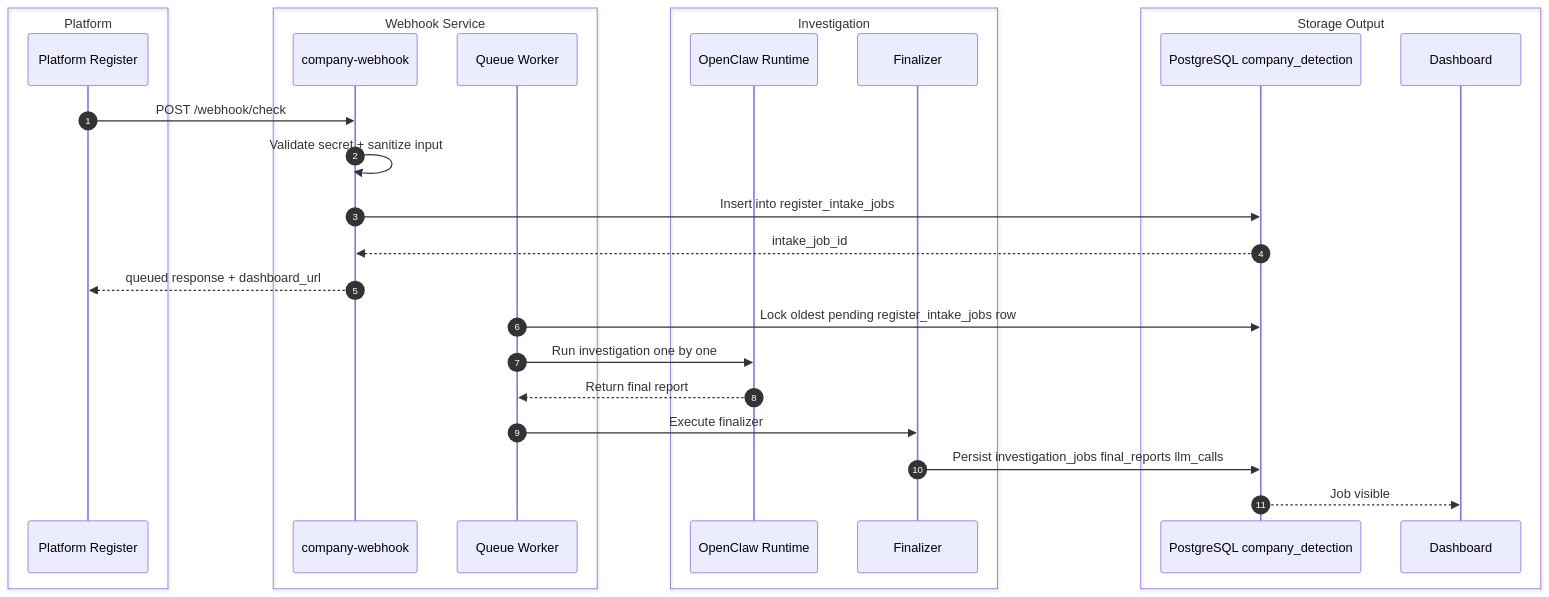
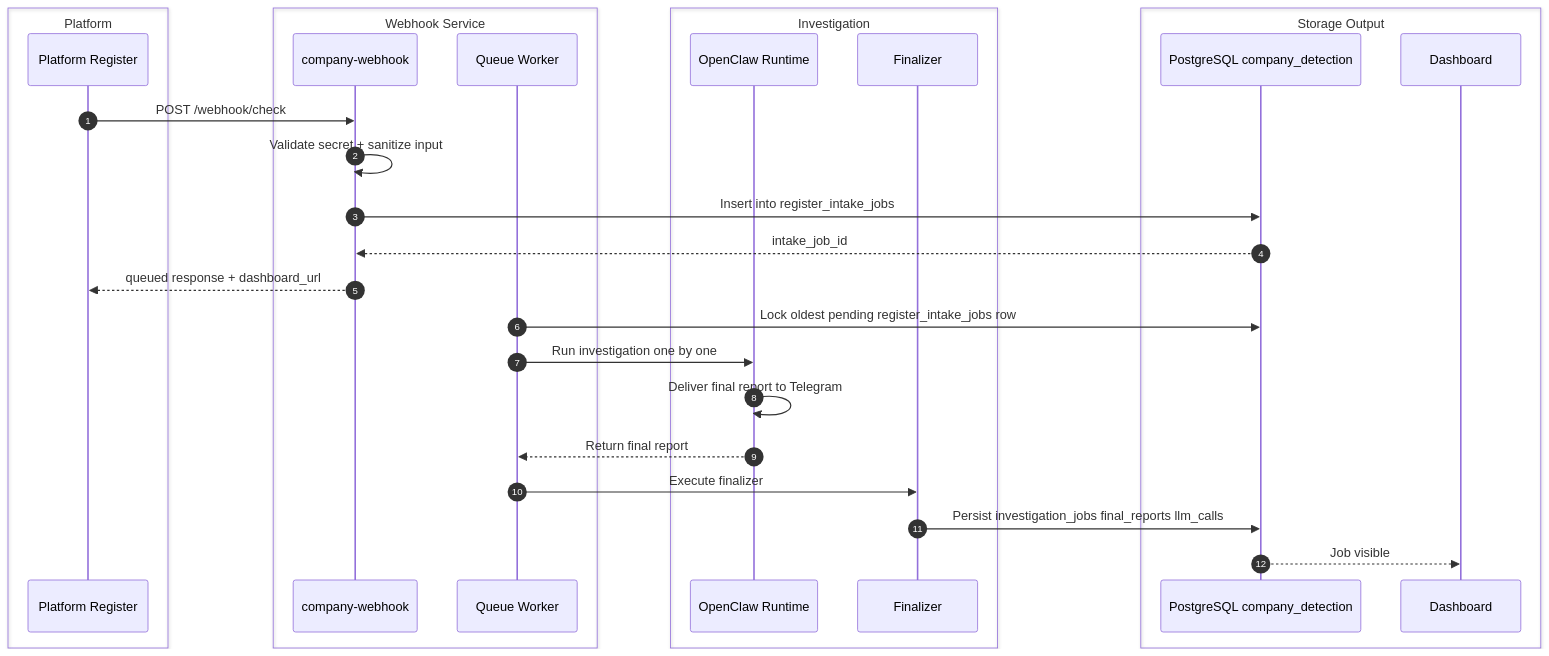
One commit to nunutech40/company-detector-bot changed the seventh of 8 diagrams in docs/technical/FLOW_MAP.md. Above: the diagram before and after it, drawn with Mermaid. The commit also changed other lines of this file and 9 other files, not shown here.

````diff
--- a/docs/technical/FLOW_MAP.md
+++ b/docs/technical/FLOW_MAP.md
@@ -453,34 +456,35 @@
 ```mermaid
 sequenceDiagram
   autonumber
   box Platform
     participant Platform as Platform Register
   end
 
   box Webhook Service
     participant Webhook as company-webhook
     participant Worker as Queue Worker
   end
 
   box Investigation
     participant OpenClaw as OpenClaw Runtime
     participant Finalizer as Finalizer
   end
 
   box Storage Output
     participant DB as PostgreSQL company_detection
     participant Dashboard as Dashboard
   end
 
   Platform->>Webhook: POST /webhook/check
   Webhook->>Webhook: Validate secret + sanitize input
   Webhook->>DB: Insert into register_intake_jobs
   DB-->>Webhook: intake_job_id
   Webhook-->>Platform: queued response + dashboard_url
   Worker->>DB: Lock oldest pending register_intake_jobs row
   Worker->>OpenClaw: Run investigation one by one
+  OpenClaw->>OpenClaw: Deliver final report to Telegram
   OpenClaw-->>Worker: Return final report
   Worker->>Finalizer: Execute finalizer
   Finalizer->>DB: Persist investigation_jobs final_reports llm_calls
   DB-->>Dashboard: Job visible
 ```
````
